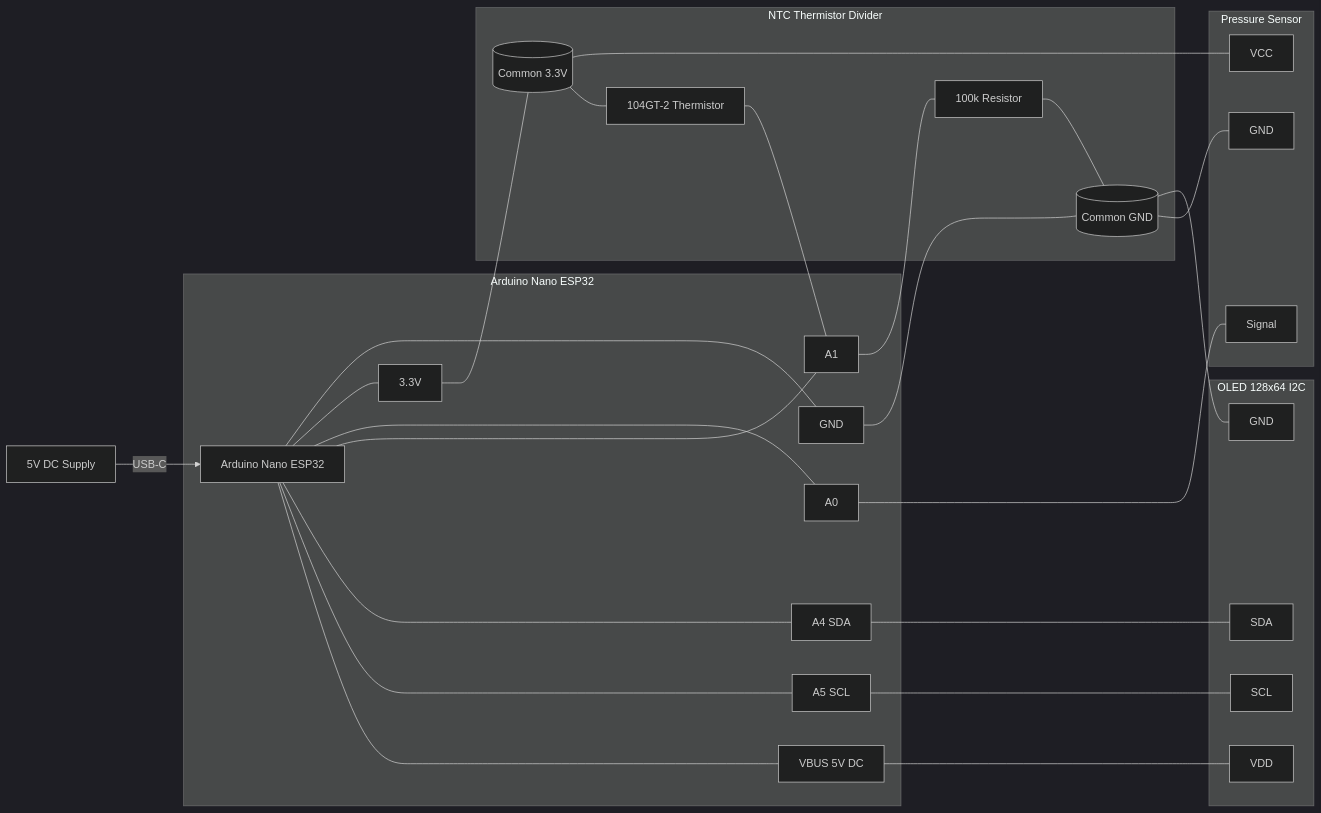
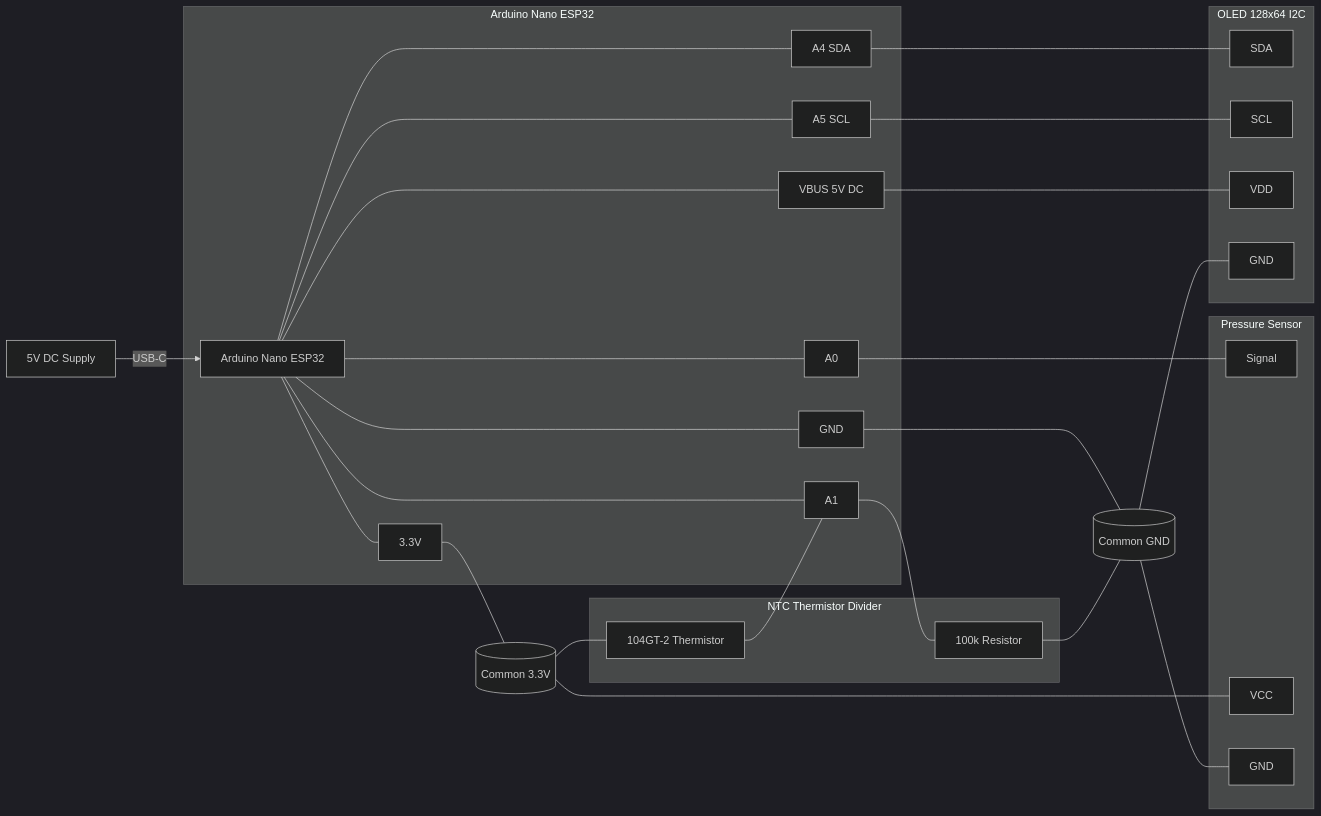
One commit to gereonwildermann/Dedicuino changed the diagram in hardware/WIRING_DIAGRAM.md. Above: the diagram before and after it, drawn with Mermaid (dark theme).

Commit message:
Fix wiring diagram to correctly connect thermistor and resistor in the NTC thermistor divider

````diff
--- a/hardware/WIRING_DIAGRAM.md
+++ b/hardware/WIRING_DIAGRAM.md
@@ -28,46 +28,49 @@
 ```mermaid
 flowchart LR
     PS[5V DC Supply] -->|USB-C| NANO[Arduino Nano ESP32]
     
     subgraph ARDINO[Arduino Nano ESP32]
       NANO --- GND[GND]
       NANO --- V33[3.3V]
       NANO --- A0[A0]
       NANO --- A1[A1]
       NANO --- A4[A4 SDA]
       NANO --- A5[A5 SCL]
       NANO --- VBUS[VBUS 5V DC]
     end 
 
     GND --- CommGND[(Common GND)]
     V33 --- CommV33[(Common 3.3V)]
 
     subgraph OLED[OLED 128x64 I2C]
       O_SDA[SDA]
       O_SCL[SCL]
       O_VDD[VDD]
       O_GND[GND]
     end
 
     A4[A4 SDA] --- O_SDA
     A5[A5 SCL] --- O_SCL
     VBUS[VBUS 5V DC] --- O_VDD
     CommGND --- O_GND
 
     subgraph PRESS[Pressure Sensor]
       P_OUT[Signal]
       P_VCC[VCC]
       P_GND[GND]
     end
 
     A0[A0] --- P_OUT
     CommV33 --- P_VCC
     CommGND --- P_GND
 
     subgraph TEMP[NTC Thermistor Divider]
-      CommV33 --- TH[104GT-2 Thermistor]
+      TH[104GT-2 Thermistor]
       TH --- A1
       A1 --- R100[100k Resistor]
-      R100 --- CommGND
     end
+
+    CommV33 --- TH
+    R100 --- CommGND
+
 ```
````
